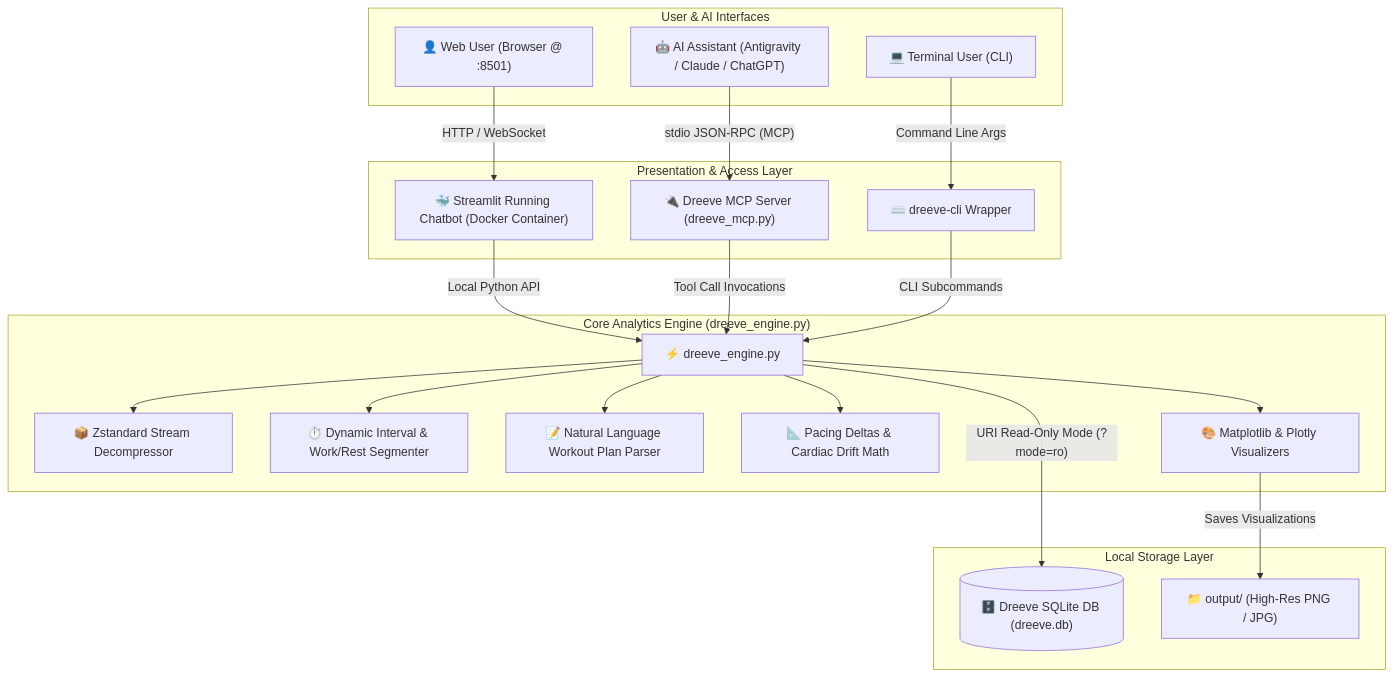
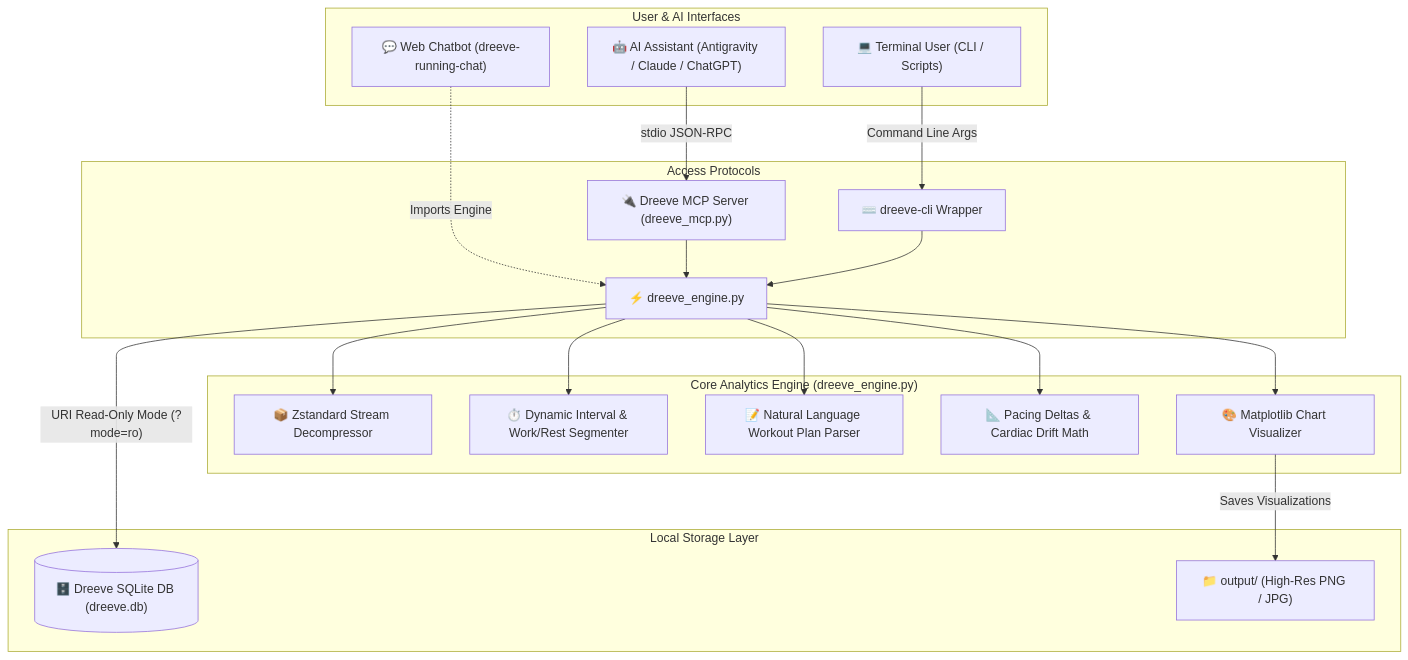
One commit to JournalKenobi11/RunTAG changed the diagram in README.md. Above: the diagram before and after it, drawn with Mermaid. The commit also changed other lines of this file and 4 other files, not shown here.

Commit message:
refactor: separate web chatbot into its own standalone repo

````diff
--- a/README.md
+++ b/README.md
@@ -17,31 +18,30 @@
 ```mermaid
 flowchart TD
     subgraph Clients["User & AI Interfaces"]
-        Browser["👤 Web User (Browser @ :8501)"]
         Agent["🤖 AI Assistant (Antigravity / Claude / ChatGPT)"]
-        Terminal["💻 Terminal User (CLI)"]
+        Terminal["💻 Terminal User (CLI / Scripts)"]
+        WebChat["💬 Web Chatbot (dreeve-running-chat)"]
     end
 
-    subgraph PresentationLayer["Presentation & Access Layer"]
-        Browser -->|"HTTP / WebSocket"| DockerChat["🐳 Streamlit Running Chatbot (Docker Container)"]
-        Agent -->|"stdio JSON-RPC (MCP)"| MCPServer["🔌 Dreeve MCP Server (dreeve_mcp.py)"]
+    subgraph Interfaces["Access Protocols"]
+        Agent -->|"stdio JSON-RPC"| MCPServer["🔌 Dreeve MCP Server (dreeve_mcp.py)"]
         Terminal -->|"Command Line Args"| CLI["⌨️ dreeve-cli Wrapper"]
+        WebChat -.->|"Imports Engine"| Engine
     end
 
     subgraph CoreEngine["Core Analytics Engine (dreeve_engine.py)"]
-        DockerChat -->|"Local Python API"| Engine["⚡ dreeve_engine.py"]
-        MCPServer -->|"Tool Call Invocations"| Engine
-        CLI -->|"CLI Subcommands"| Engine
+        MCPServer --> Engine["⚡ dreeve_engine.py"]
+        CLI --> Engine
 
         Engine --> StreamDecompressor["📦 Zstandard Stream Decompressor"]
         Engine --> IntervalDetector["⏱️ Dynamic Interval & Work/Rest Segmenter"]
         Engine --> PlanParser["📝 Natural Language Workout Plan Parser"]
         Engine --> MathStats["📐 Pacing Deltas & Cardiac Drift Math"]
-        Engine --> ChartGen["🎨 Matplotlib & Plotly Visualizers"]
+        Engine --> ChartGen["🎨 Matplotlib Chart Visualizer"]
     end
 
     subgraph DataStorage["Local Storage Layer"]
         Engine -->|"URI Read-Only Mode (?mode=ro)"| SQLite[("🗄️ Dreeve SQLite DB (dreeve.db)")]
         ChartGen -->|"Saves Visualizations"| OutputDir["📁 output/ (High-Res PNG / JPG)"]
     end
 ```
````
